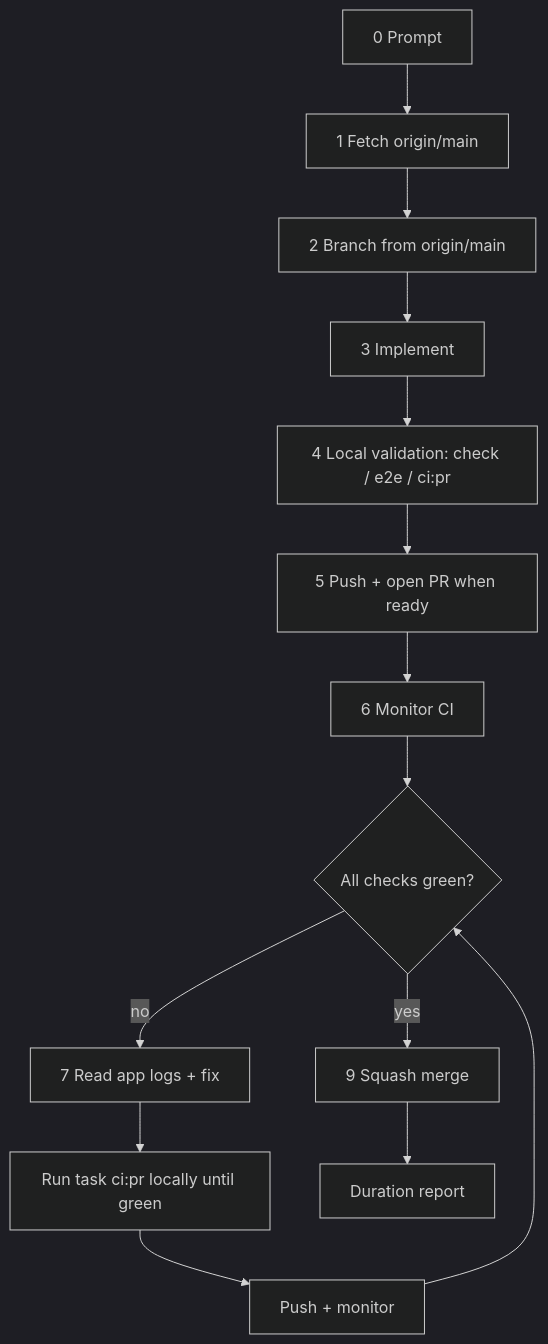
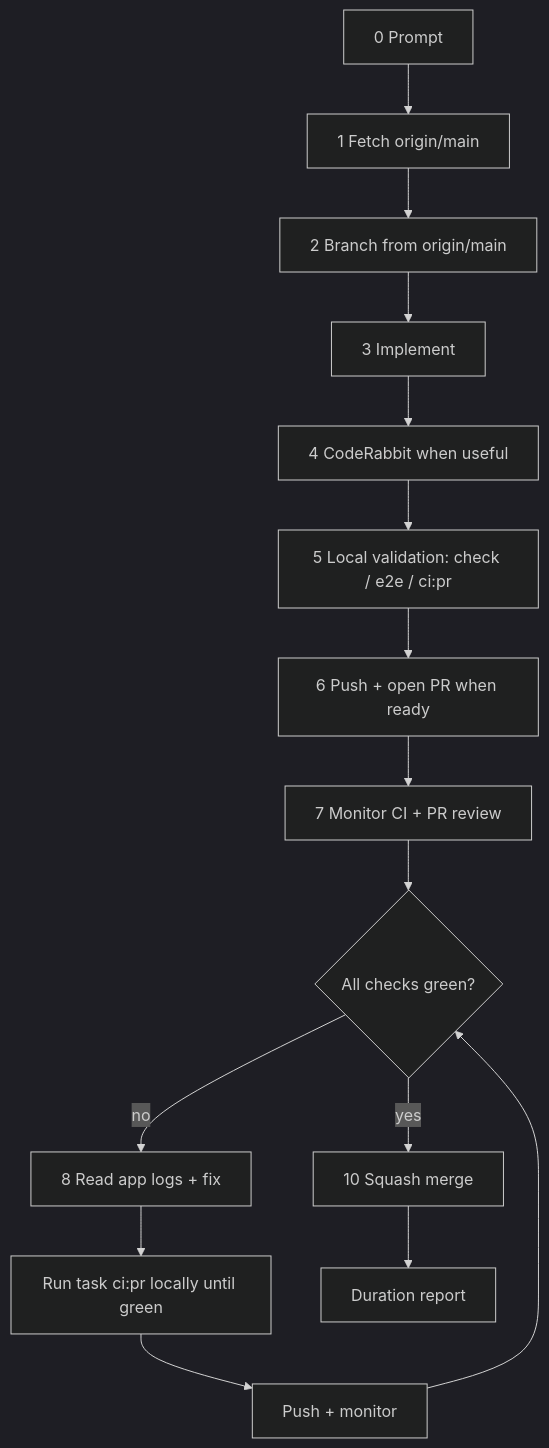
One commit to meta-secret/nook changed the diagram in .cortex/workflows/coding-bro.md. Above: the diagram before and after it, drawn with Mermaid (dark theme). The commit also changed other lines of this file and 3 other files, not shown here.

Commit message:
docs: add CodeRabbit agent workflow

````diff
--- a/.cortex/workflows/coding-bro.md
+++ b/.cortex/workflows/coding-bro.md
@@ -62,16 +64,17 @@
 ```mermaid
 flowchart TD
   P[0 Prompt] --> F[1 Fetch origin/main]
   F --> B[2 Branch from origin/main]
   B --> I[3 Implement]
-  I --> L[4 Local validation: check / e2e / ci:pr]
-  L --> PU[5 Push + open PR when ready]
-  PU --> PR[6 Monitor CI]
+  I --> CR[4 CodeRabbit when useful]
+  CR --> L[5 Local validation: check / e2e / ci:pr]
+  L --> PU[6 Push + open PR when ready]
+  PU --> PR[7 Monitor CI + PR review]
   PR --> G{All checks green?}
-  G -->|yes| M[9 Squash merge]
-  G -->|no| FIX[7 Read app logs + fix]
+  G -->|yes| M[10 Squash merge]
+  G -->|no| FIX[8 Read app logs + fix]
   FIX --> FULL[Run task ci:pr locally until green]
   FULL --> PUSH[Push + monitor]
   PUSH --> G
   M --> D[Duration report]
 ```
````
